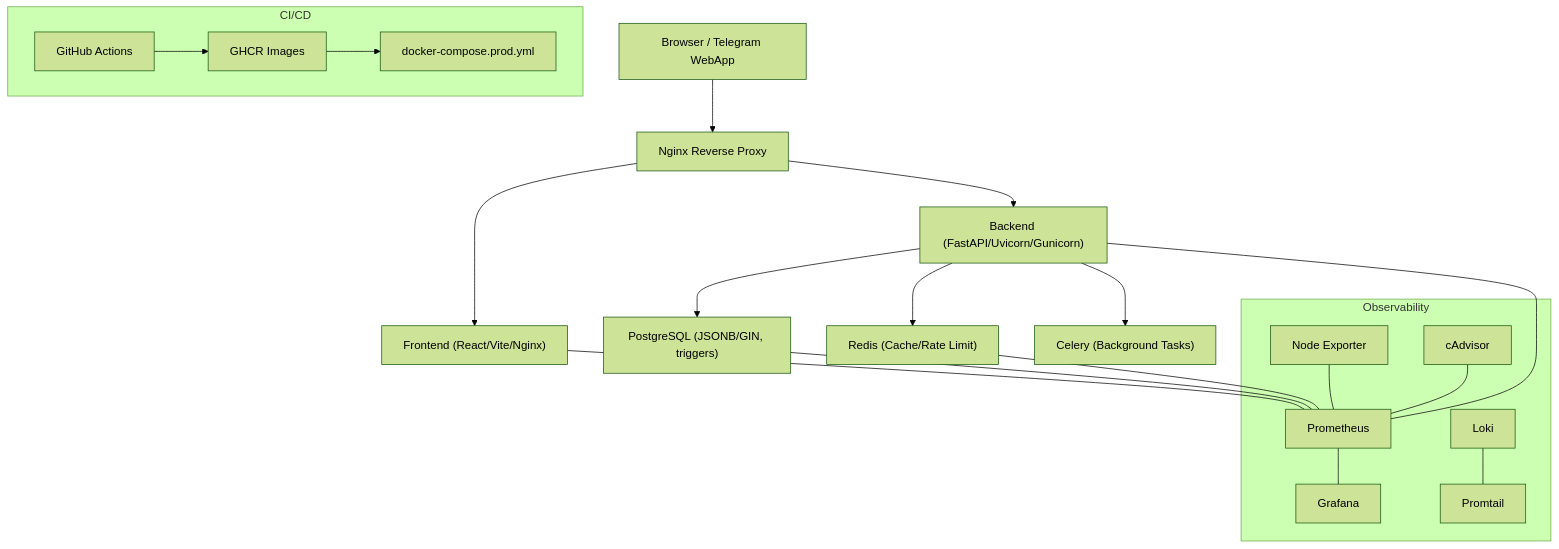
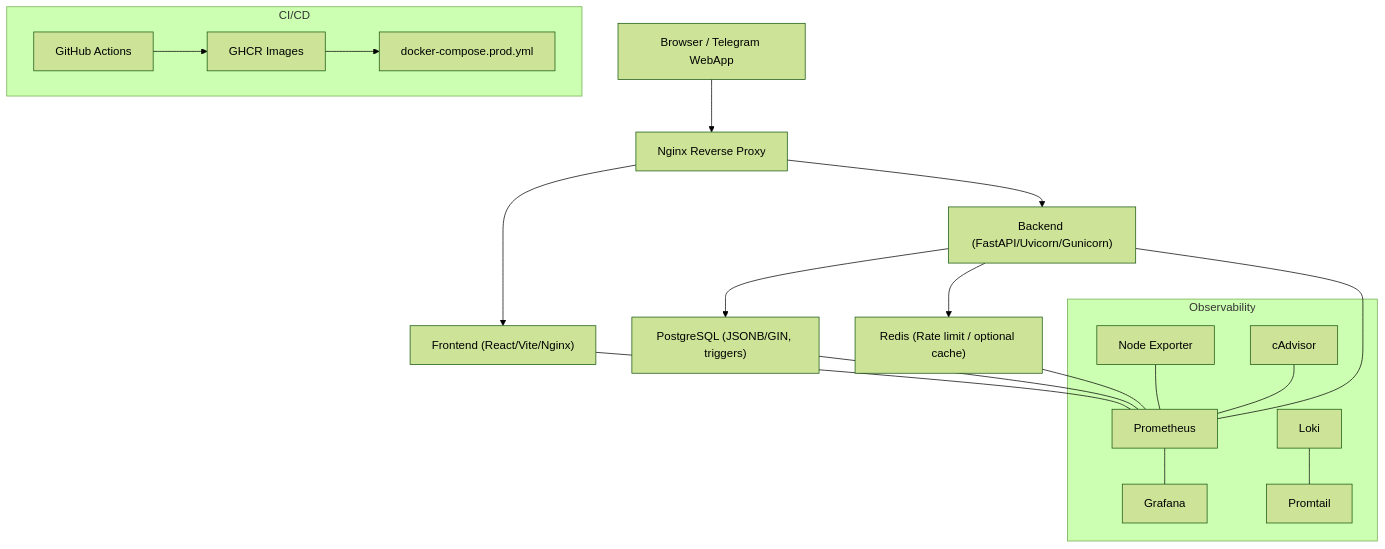
Before and after one commit to nilsnavi/fit_trackerpro: the second of 8 diagrams in .qoder/repowiki/en/content/Project Overview/Technology Stack.md, drawn with Mermaid (forest theme). The commit also changed other lines of this file and 26 other files, not shown here.

````diff
--- a/.qoder/repowiki/en/content/Project Overview/Technology Stack.md
+++ b/.qoder/repowiki/en/content/Project Overview/Technology Stack.md
@@ -146,30 +146,29 @@
 ```mermaid
 graph TB
 Client["Browser / Telegram WebApp"] --> Nginx["Nginx Reverse Proxy"]
 Nginx --> FE["Frontend (React/Vite/Nginx)"]
 Nginx --> BE["Backend (FastAPI/Uvicorn/Gunicorn)"]
 BE --> DB["PostgreSQL (JSONB/GIN, triggers)"]
-BE --> Redis["Redis (Cache/Rate Limit)"]
-BE --> Celery["Celery (Background Tasks)"]
+BE --> Redis["Redis (Rate limit / optional cache)"]
 subgraph "CI/CD"
 GH["GitHub Actions"]
 GH --> GHCR["GHCR Images"]
 GHCR --> DCProd["docker-compose.prod.yml"]
 end
 subgraph "Observability"
 Prom["Prometheus"]
 Graf["Grafana"]
 Loki["Loki"]
 Promtail["Promtail"]
 NodeExp["Node Exporter"]
 CAdv["cAdvisor"]
 end
 BE --- Prom
 Prom --- Graf
 FE --- Prom
 DB --- Prom
 Redis --- Prom
 NodeExp --- Prom
 CAdv --- Prom
 Loki --- Promtail
 ```
````
